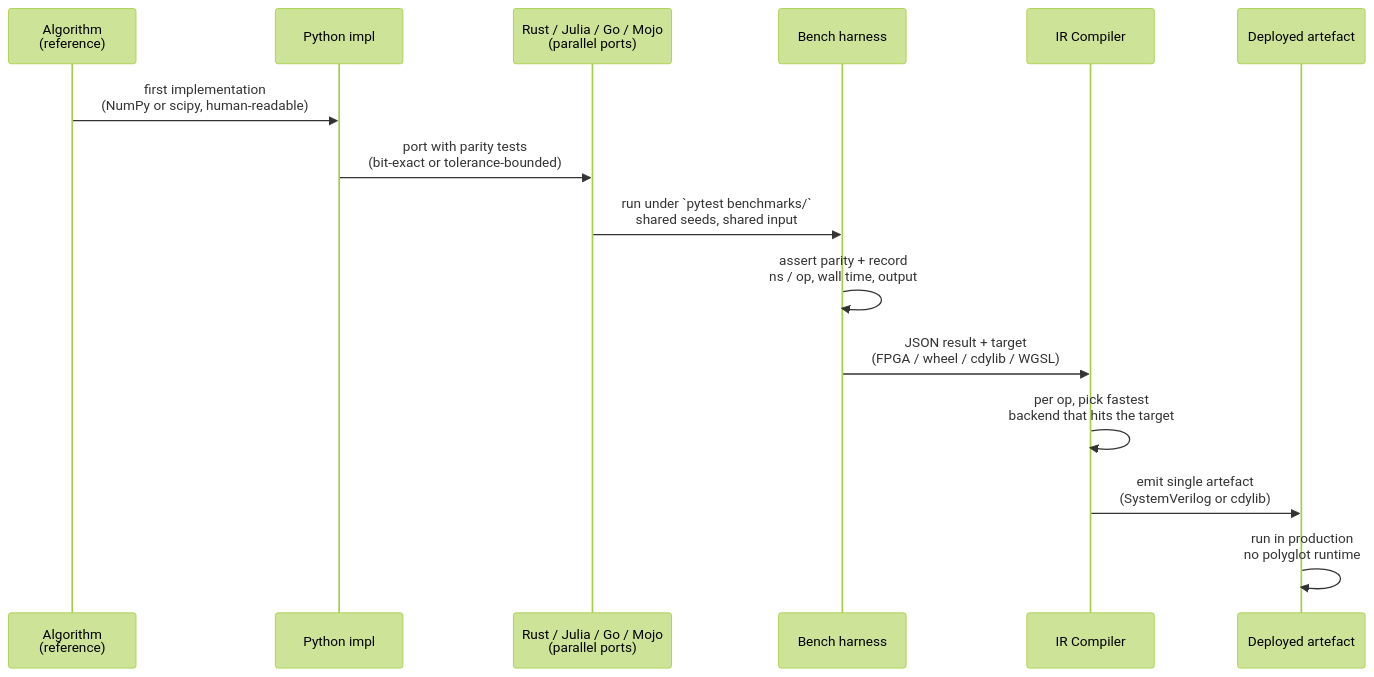
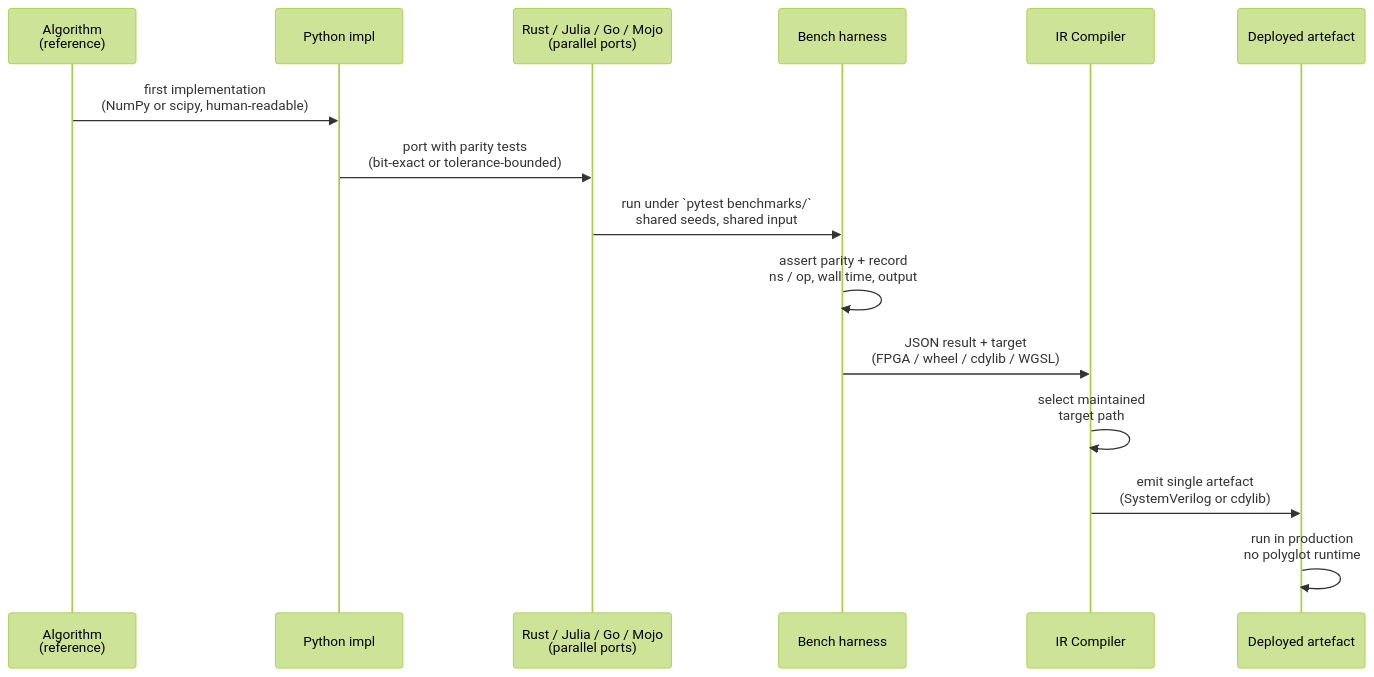
The second of 3 diagrams in README.md (anulum/sc-neurocore), drawn with Mermaid (forest theme) before and after one commit. The commit also changed other lines of this file and 77 other files, not shown here.

````diff
--- a/README.md
+++ b/README.md
@@ -190,18 +191,18 @@
 ```mermaid
 sequenceDiagram
     participant Algo as Algorithm<br/>(reference)
     participant Py as Python impl
     participant Backends as Rust / Julia / Go / Mojo<br/>(parallel ports)
     participant Bench as Bench harness
     participant Compiler as IR Compiler
     participant Prod as Deployed artefact
 
     Algo->>Py: first implementation<br/>(NumPy or scipy, human-readable)
     Py->>Backends: port with parity tests<br/>(bit-exact or tolerance-bounded)
     Backends->>Bench: run under `pytest benchmarks/`<br/>shared seeds, shared input
     Bench->>Bench: assert parity + record<br/>ns / op, wall time, output
     Bench->>Compiler: JSON result + target<br/>(FPGA / wheel / cdylib / WGSL)
-    Compiler->>Compiler: per op, pick fastest<br/>backend that hits the target
+    Compiler->>Compiler: select maintained<br/>target path
     Compiler->>Prod: emit single artefact<br/>(SystemVerilog or cdylib)
     Prod->>Prod: run in production<br/>no polyglot runtime
 ```
````
